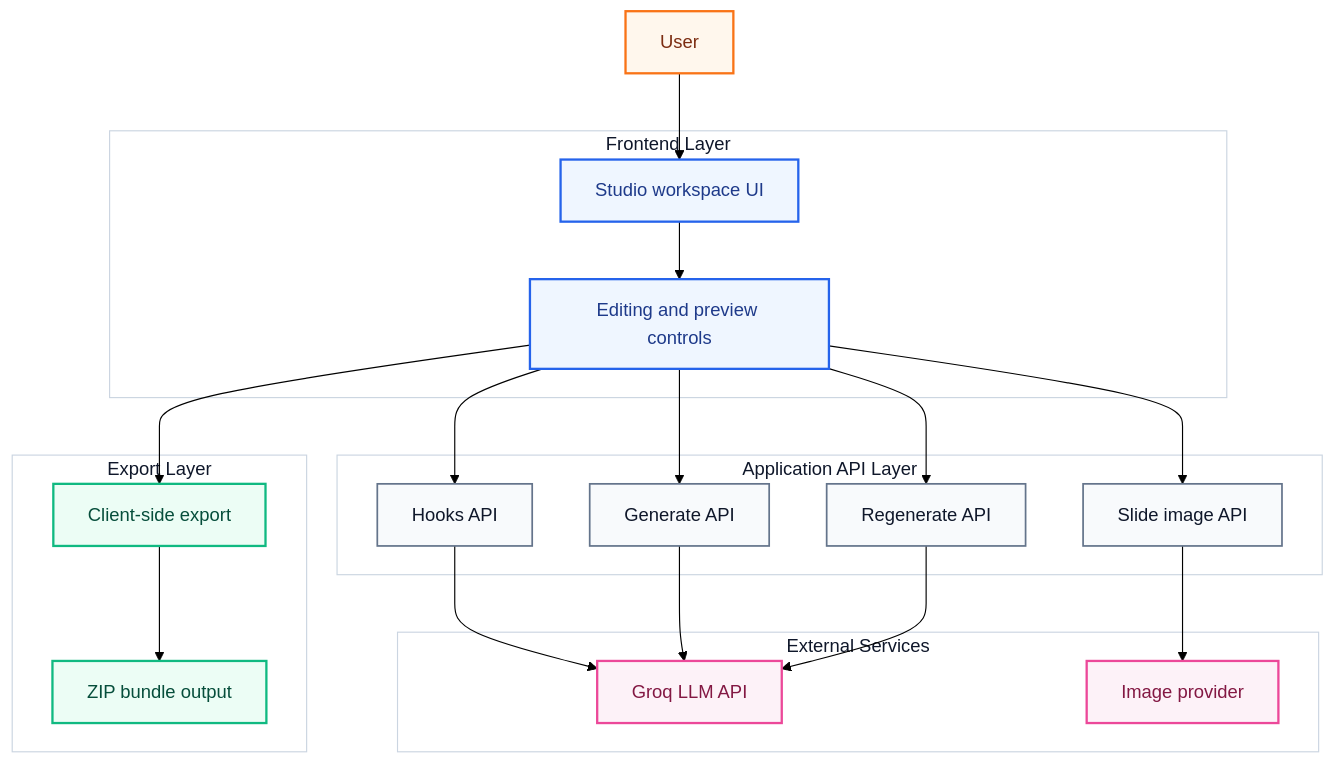
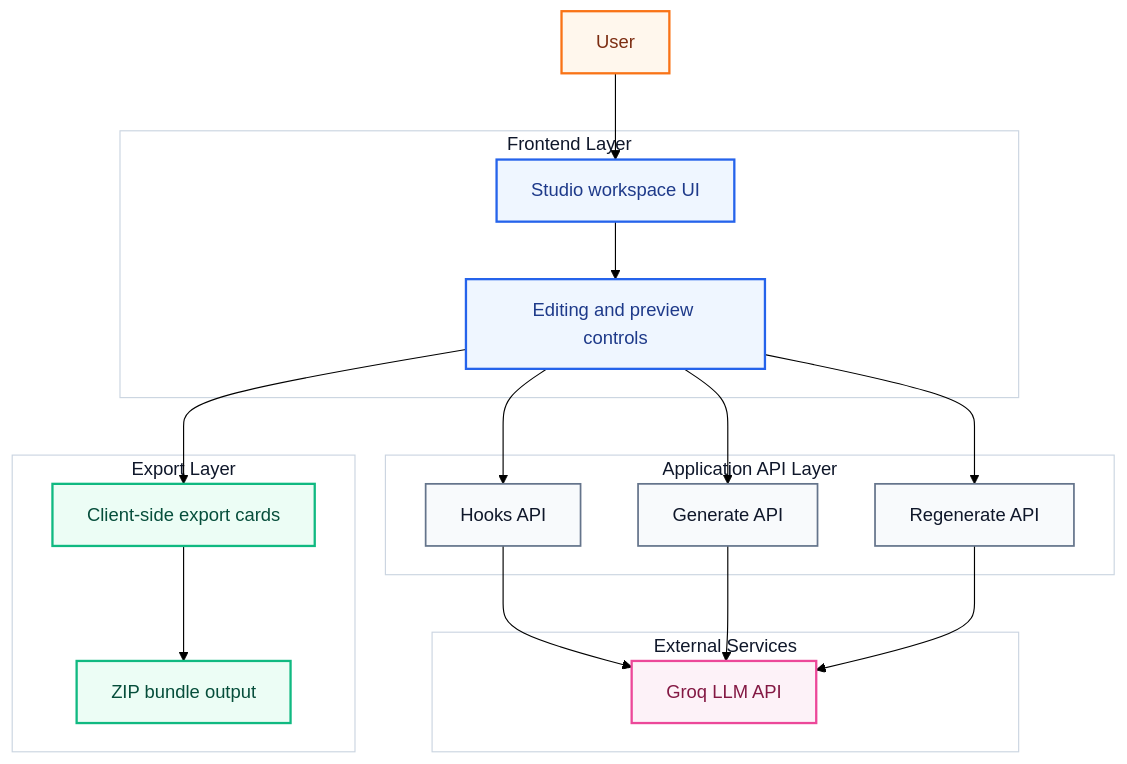
Before and after one commit to terror-akshat/Social-media-studio: the second of 2 diagrams in README.md, drawn with Mermaid (forest theme). The commit also changed other lines of this file and 7 other files, not shown here.

````diff
--- a/README.md
+++ b/README.md
@@ -68,54 +69,50 @@
 ```mermaid
 flowchart TB
     U[User]
 
     subgraph F1[Frontend Layer]
         UI[Studio workspace UI]
         ED[Editing and preview controls]
         UI --> ED
     end
 
     subgraph F2[Application API Layer]
         H[Hooks API]
         G[Generate API]
         R[Regenerate API]
-        I[Slide image API]
     end
 
     subgraph F3[External Services]
         LLM[Groq LLM API]
-        IMG[Image provider]
     end
 
     subgraph F4[Export Layer]
-        EXP[Client-side export]
+        EXP[Client-side export cards]
         ZIP[ZIP bundle output]
         EXP --> ZIP
     end
 
     U --> UI
     ED --> H
     ED --> G
     ED --> R
-    ED --> I
     ED --> EXP
 
     H --> LLM
     G --> LLM
     R --> LLM
-    I --> IMG
 
     classDef actor fill:#fff7ed,stroke:#f97316,color:#7c2d12,stroke-width:2px;
     classDef frontend fill:#eff6ff,stroke:#2563eb,color:#1e3a8a,stroke-width:2px;
     classDef api fill:#f8fafc,stroke:#64748b,color:#0f172a,stroke-width:1.5px;
     classDef external fill:#fdf2f8,stroke:#ec4899,color:#831843,stroke-width:2px;
     classDef output fill:#ecfdf5,stroke:#10b981,color:#064e3b,stroke-width:2px;
     classDef group fill:#ffffff,stroke:#cbd5e1,color:#0f172a,stroke-width:1px;
 
     class U actor;
     class UI,ED frontend;
-    class H,G,R,I api;
-    class LLM,IMG external;
+    class H,G,R api;
+    class LLM external;
     class EXP,ZIP output;
     class F1,F2,F3,F4 group;
 ```
````
